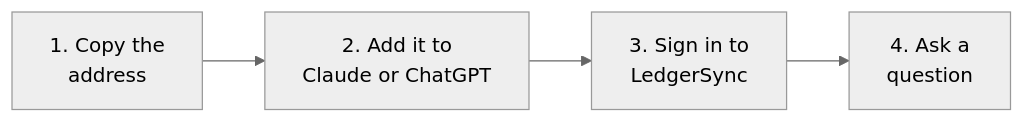
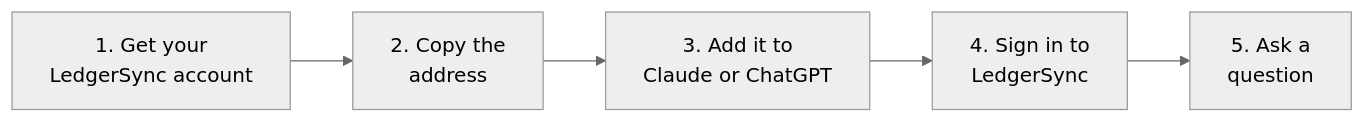
The diagram in guides/use-with-claude-and-chatgpt.mdx (robson-silva-ledgersync/docs), drawn with Mermaid (neutral theme) before and after one commit. The commit also changed other lines of this file and 5 other files, not shown here.

Commit message:
docs: split the Claude and ChatGPT guide into a new-firm sign-up and an existing-customer path, with pictures of the new pages

````diff
--- a/guides/use-with-claude-and-chatgpt.mdx
+++ b/guides/use-with-claude-and-chatgpt.mdx
@@ -8,6 +13,7 @@
 ```mermaid
 graph LR
-  A[1. Copy the<br/>address] --> B[2. Add it to<br/>Claude or ChatGPT]
-  B --> C[3. Sign in to<br/>LedgerSync]
-  C --> D[4. Ask a<br/>question]
+  A[1. Get your<br/>LedgerSync account] --> B[2. Copy the<br/>address]
+  B --> C[3. Add it to<br/>Claude or ChatGPT]
+  C --> D[4. Sign in to<br/>LedgerSync]
+  D --> E[5. Ask a<br/>question]
 ```
````
